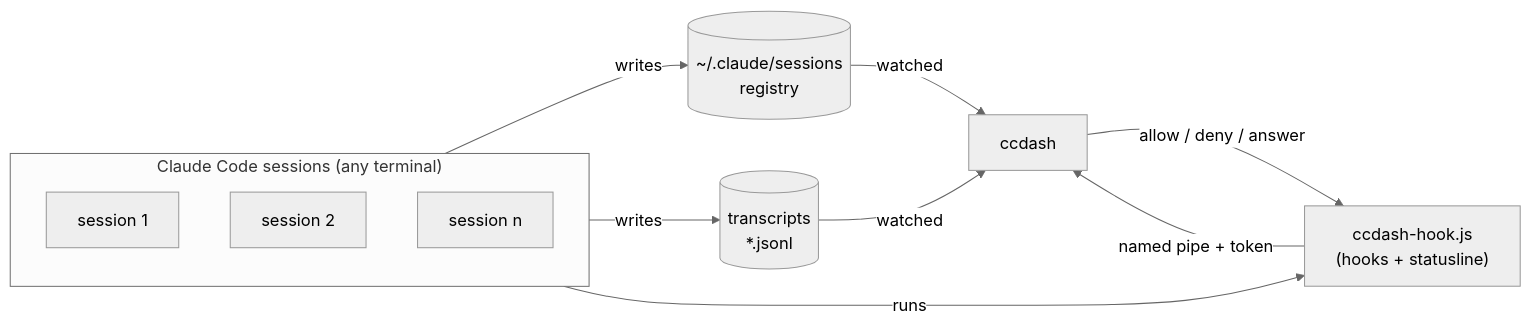
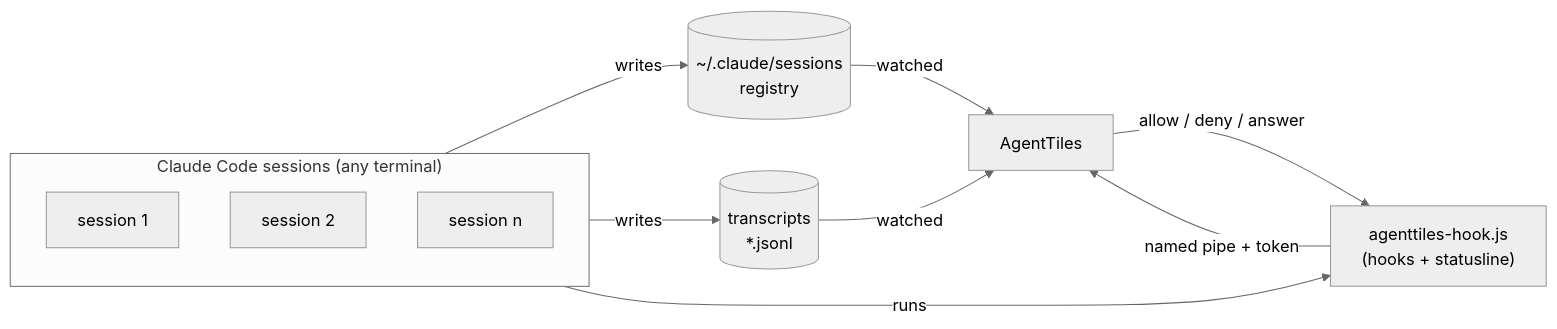
One commit to workedbeforepush/agenttiles changed the diagram in README.md. Above: the diagram before and after it, drawn with Mermaid (neutral theme). The commit also changed other lines of this file and 70 other files, not shown here.

First line of the commit message:
Rename ccdash to AgentTiles (#6)

````diff
--- a/README.md
+++ b/README.md
@@ -106,15 +106,15 @@
 ```mermaid
 flowchart LR
   subgraph cc["Claude Code sessions (any terminal)"]
     S1[session 1] & S2[session 2] & S3[session n]
   end
   R[("~/.claude/sessions<br>registry")]
   T[("transcripts<br>*.jsonl")]
-  H["ccdash-hook.js<br>(hooks + statusline)"]
-  D["ccdash"]
+  H["agenttiles-hook.js<br>(hooks + statusline)"]
+  D["AgentTiles"]
   cc -- writes --> R & T
   cc -- runs --> H
   H -- "named pipe + token" --> D
   R & T -- watched --> D
   D -- "allow / deny / answer" --> H
 ```
````
